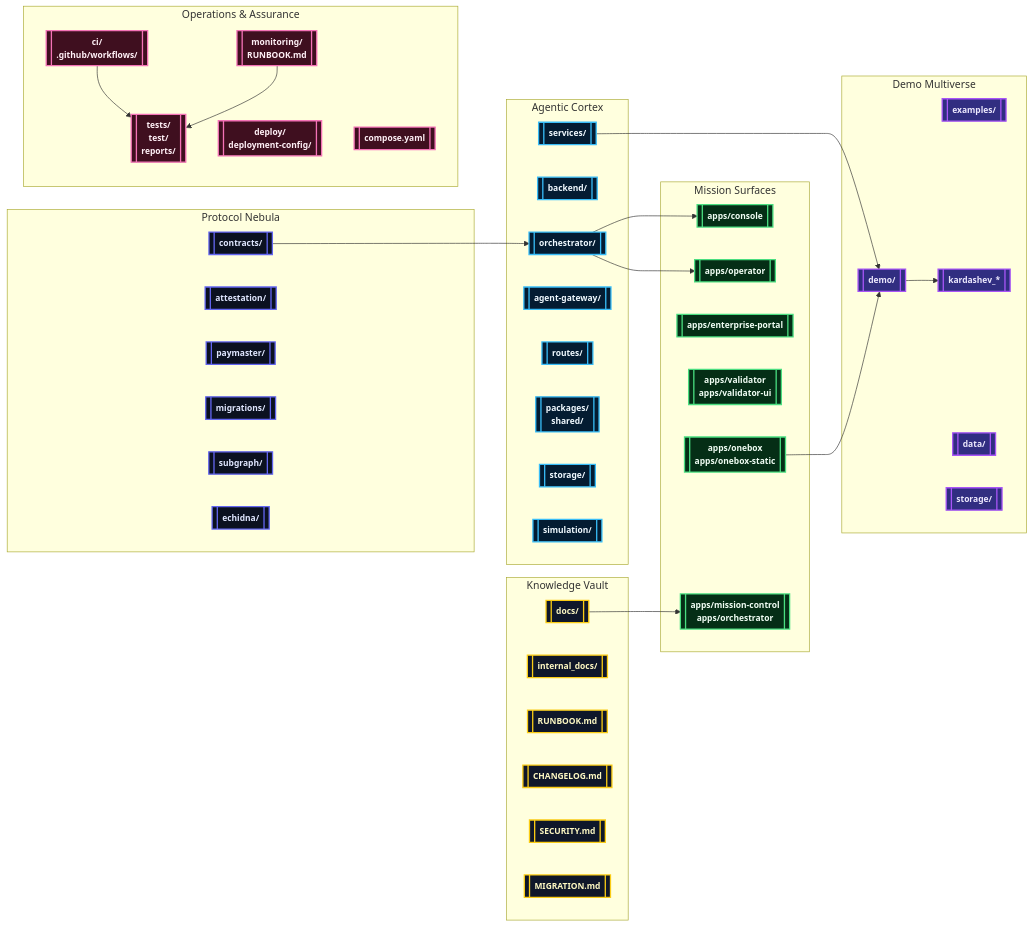
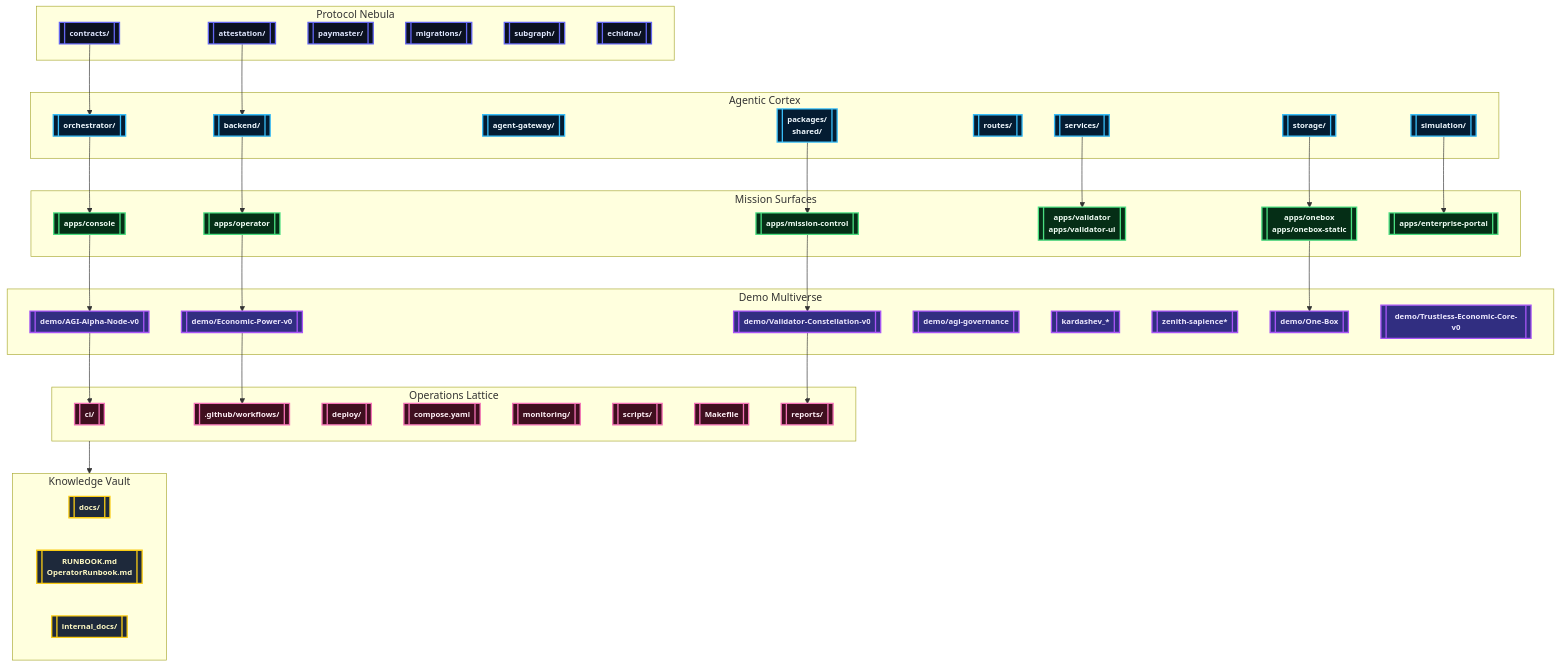
Before and after one commit to MontrealAI/AGIJobsv0: the diagram in README.md, drawn with Mermaid. The commit also changed other lines of this file, not shown here.

Commit message:
docs: refresh readme for v2 demos and ci lattice

````diff
--- a/README.md
+++ b/README.md
@@ -58,74 +54,82 @@
 ```mermaid
-%% Celestial architecture mapping the sovereign machine
-flowchart LR
-    classDef protocol fill:#0b1120,stroke:#6366f1,color:#e0e7ff,font-size:13px,font-weight:bold,stroke-width:2px;
-    classDef cortex fill:#041c32,stroke:#38bdf8,color:#f0f9ff,font-size:13px,font-weight:bold,stroke-width:2px;
-    classDef surfaces fill:#052e16,stroke:#4ade80,color:#f0fdf4,font-size:13px,font-weight:bold,stroke-width:2px;
-    classDef demos fill:#312e81,stroke:#a855f7,color:#ede9fe,font-size:13px,font-weight:bold,stroke-width:2px;
-    classDef ops fill:#3f0f1f,stroke:#f472b6,color:#fff0f6,font-size:13px,font-weight:bold,stroke-width:2px;
-    classDef knowledge fill:#0f172a,stroke:#facc15,color:#fef9c3,font-size:13px,font-weight:bold,stroke-width:2px;
+%% Grand architecture of the sovereign intelligence lattice
+flowchart TD
+    classDef protocol fill:#0b1120,stroke:#6366f1,color:#e0e7ff,font-size:12px,font-weight:bold,stroke-width:2px;
+    classDef cortex fill:#041c32,stroke:#38bdf8,color:#f0f9ff,font-size:12px,font-weight:bold,stroke-width:2px;
+    classDef surfaces fill:#052e16,stroke:#4ade80,color:#f0fdf4,font-size:12px,font-weight:bold,stroke-width:2px;
+    classDef demos fill:#312e81,stroke:#a855f7,color:#ede9fe,font-size:12px,font-weight:bold,stroke-width:2px;
+    classDef ops fill:#3f0f1f,stroke:#f472b6,color:#fff0f6,font-size:12px,font-weight:bold,stroke-width:2px;
+    classDef intel fill:#1e293b,stroke:#facc15,color:#fef9c3,font-size:12px,font-weight:bold,stroke-width:2px;
 
-    subgraph "Protocol Nebula"
+    subgraph P[Protocol Nebula]
         contracts[[contracts/]]:::protocol
-        attest[[attestation/]]:::protocol
+        attestation[[attestation/]]:::protocol
         paymaster[[paymaster/]]:::protocol
         migrations[[migrations/]]:::protocol
-        subgraphSvc[[subgraph/]]:::protocol
-        echidnaLab[[echidna/]]:::protocol
+        subgraphsvc[[subgraph/]]:::protocol
+        echidna[[echidna/]]:::protocol
     end
 
-    subgraph "Agentic Cortex"
+    subgraph C[Agentic Cortex]
         orchestrator[[orchestrator/]]:::cortex
-        backendSvc[[backend/]]:::cortex
-        servicesHub[[services/]]:::cortex
-        gateway[[agent-gateway/]]:::cortex
+        backend[[backend/]]:::cortex
+        agentgw[[agent-gateway/]]:::cortex
+        services[[services/]]:::cortex
         routesHub[[routes/]]:::cortex
         packagesHub[[packages/\nshared/]]:::cortex
         storageHub[[storage/]]:::cortex
-        simHub[[simulation/]]:::cortex
+        simulationHub[[simulation/]]:::cortex
     end
 
-    subgraph "Mission Surfaces"
+    subgraph S[Mission Surfaces]
         console[[apps/console]]:::surfaces
         operator[[apps/operator]]:::surfaces
-        enterprise[[apps/enterprise-portal]]:::surfaces
+        mission[[apps/mission-control]]:::surfaces
         validator[[apps/validator\napps/validator-ui]]:::surfaces
         onebox[[apps/onebox\napps/onebox-static]]:::surfaces
-        missionCtrl[[apps/mission-control\napps/orchestrator]]:::surfaces
+        enterprise[[apps/enterprise-portal]]:::surfaces
     end
 
-    subgraph "Demo Multiverse"
-        demosRoot[[demo/]]:::demos
-        examplesNode[[examples/]]:::demos
+    subgraph D[Demo Multiverse]
+        flagship[[demo/AGI-Alpha-Node-v0]]:::demos
+        econ[[demo/Economic-Power-v0]]:::demos
+        validatorDemo[[demo/Validator-Constellation-v0]]:::demos
+        governance[[demo/agi-governance]]:::demos
         kardashev[[kardashev_*]]:::demos
-        dataNode[[data/]]:::demos
-        storageNode[[storage/]]:::demos
+        zenith[[zenith-sapience*]]:::demos
+        oneboxDemo[[demo/One-Box]]:::demos
+        trustless[[demo/Trustless-Economic-Core-v0]]:::demos
     end
 
-    subgraph "Operations & Assurance"
-        ciPipelines[[ci/\n.github/workflows/]]:::ops
-        deployNode[[deploy/\ndeployment-config/]]:::ops
-        monitoringNode[[monitoring/\nRUNBOOK.md]]:::ops
-        qaNode[[tests/\ntest/\nreports/]]:::ops
-        composeNode[[compose.yaml]]:::ops
+    subgraph O[Operations Lattice]
+        ci[[ci/]]:::ops
+        workflows[[.github/workflows/]]:::ops
+        deploy[[deploy/]]:::ops
+        compose[[compose.yaml]]:::ops
+        monitoring[[monitoring/]]:::ops
+        scriptsNode[[scripts/]]:::ops
+        makefile[[Makefile]]:::ops
+        reports[[reports/]]:::ops
     end
 
-    subgraph "Knowledge Vault"
-        docsNode[[docs/]]:::knowledge
-        internalNode[[internal_docs/]]:::knowledge
-        runbookNode[[RUNBOOK.md]]:::knowledge
-        changelogNode[[CHANGELOG.md]]:::knowledge
-        securityNode[[SECURITY.md]]:::knowledge
-        migrationNode[[MIGRATION.md]]:::knowledge
+    subgraph K[Knowledge Vault]
+        docs[[docs/]]:::intel
+        runbooks[[RUNBOOK.md\nOperatorRunbook.md]]:::intel
+        internal[[internal_docs/]]:::intel
     end
 
-    contracts --> orchestrator
-    orchestrator --> console
-    orchestrator --> operator
-    servicesHub --> demosRoot
-    onebox --> demosRoot
-    ciPipelines --> qaNode
-    monitoringNode --> qaNode
-    demosRoot --> kardashev
-    docsNode --> missionCtrl
+    contracts --> orchestrator --> console
+    attestation --> backend --> operator
+    packagesHub --> mission
+    services --> validator
+    storageHub --> onebox
+    simulationHub --> enterprise
+    console --> flagship
+    operator --> econ
+    mission --> validatorDemo
+    onebox --> oneboxDemo
+    flagship --> ci
+    econ --> workflows
+    validatorDemo --> reports
+    O --> K
 ```
````
